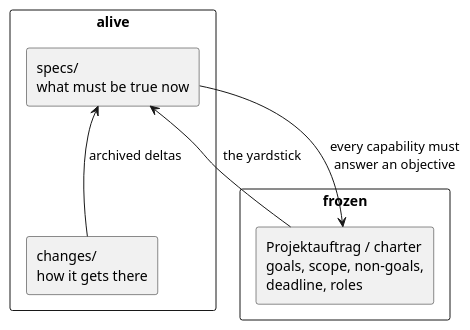
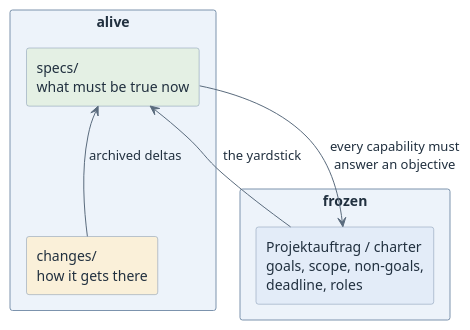
The diagram in modules/sdd-specs-replace-requirements/index.adoc (htl-leonding-college/curriculum-syp3), drawn with PlantUML before and after one commit. The commit also changed 65 other files, not shown here.

First line of the commit message:
feat(site): give the diagrams a semantic pastel palette

```diff
--- a/modules/sdd-specs-replace-requirements/index.adoc
+++ b/modules/sdd-specs-replace-requirements/index.adoc
@@ -93,20 +93,23 @@
 [plantuml,frozen-and-alive,svg]
 ----
 @startuml
-skinparam monochrome true
+<style>
+element { BackgroundColor #EDF3FA; LineColor #7C93AD; FontColor #21303F }
+arrow { LineColor #5A6B7D; FontColor #21303F }
+</style>
 skinparam shadowing false
 skinparam defaultFontName Helvetica
 
 rectangle "frozen" {
-  rectangle "Projektauftrag / charter\ngoals, scope, non-goals,\ndeadline, roles" as CH
+  rectangle "Projektauftrag / charter\ngoals, scope, non-goals,\ndeadline, roles" as CH #E3ECF8
 }
 rectangle "alive" {
-  rectangle "specs/\nwhat must be true now" as SP
-  rectangle "changes/\nhow it gets there" as CG
+  rectangle "specs/\nwhat must be true now" as SP #E4F0E4
+  rectangle "changes/\nhow it gets there" as CG #FAF0D9
 }
 
 CH -right-> SP : "the yardstick"
 CG -up-> SP : "archived deltas"
 SP -down-> CH : "every capability must\nanswer an objective"
 @enduml
 ----
```
